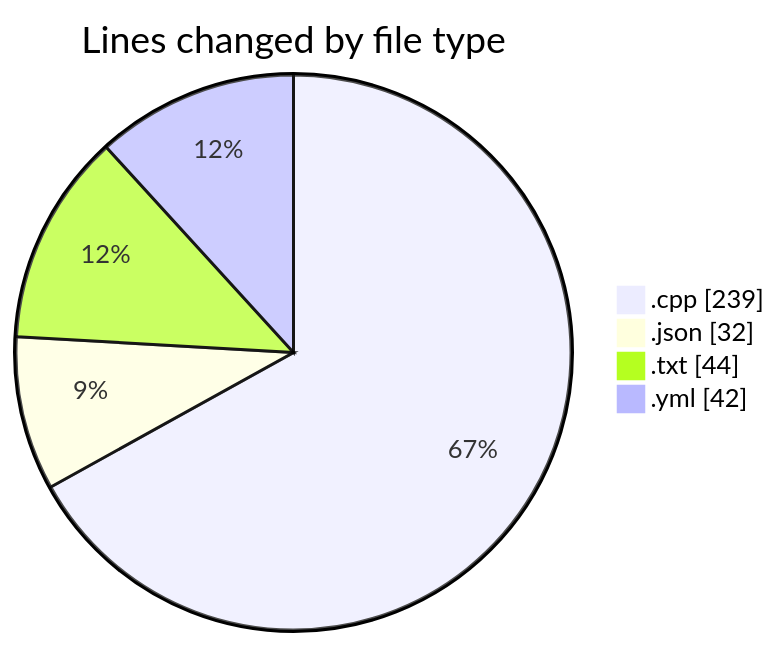
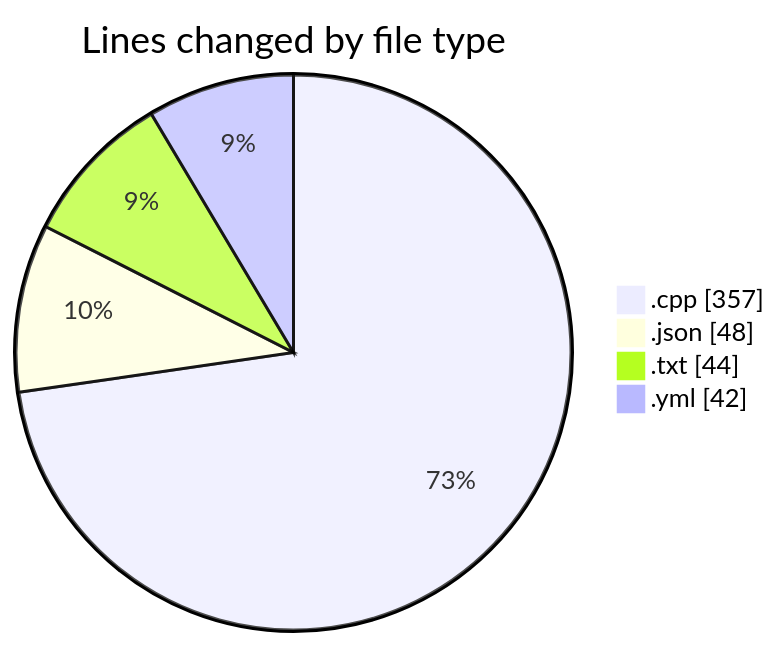
One commit to Netris89/code-tracking changed the first of 2 diagrams in 2025-04-19/echo/README.md. Above: the diagram before and after it, drawn with Mermaid. The commit also changed other lines of this file and 1 other file, not shown here.

````diff
--- a/2025-04-19/echo/README.md
+++ b/2025-04-19/echo/README.md
@@ -23,8 +23,8 @@
 ```mermaid
 pie showData
 title Lines changed by file type
-".cpp" : 239
-".json" : 32
+".cpp" : 357
+".json" : 48
 ".txt" : 44
 ".yml" : 42
 ```
````
